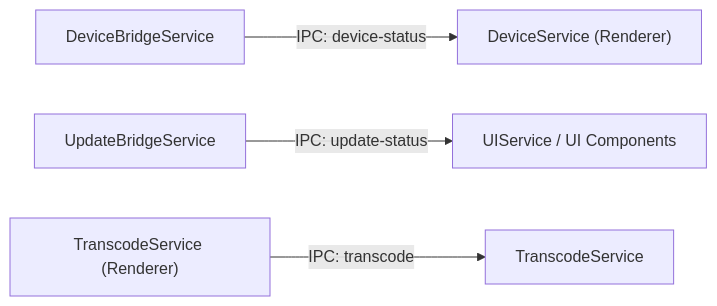
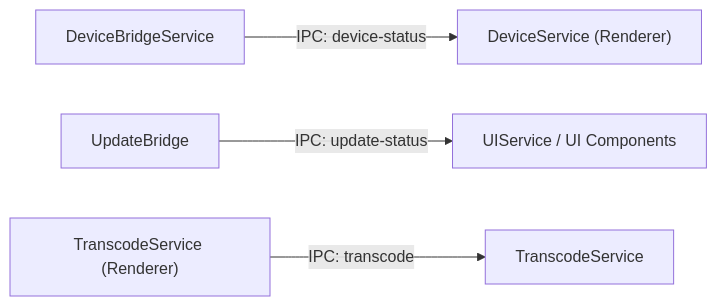
One commit to josstei/prismgb-app changed the sixth of 6 diagrams in docs/architecture-diagrams-onboarding.md. Above: the diagram before and after it, drawn with Mermaid. The commit also changed other lines of this file and 50 other files, not shown here.

````diff
--- a/docs/architecture-diagrams-onboarding.md
+++ b/docs/architecture-diagrams-onboarding.md
@@ -119,13 +113,13 @@
 ```mermaid
 flowchart LR
   DeviceBridge[DeviceBridgeService]
-  UpdateBridge[UpdateBridgeService]
+  UpdateBridge[UpdateBridge]
   TranscodeService[TranscodeService]
   DeviceServiceRenderer["DeviceService (Renderer)"]
   UIService["UIService / UI Components"]
   TranscodeServiceRenderer["TranscodeService (Renderer)"]
 
   DeviceBridge -- IPC: device-status --> DeviceServiceRenderer
   UpdateBridge -- IPC: update-status --> UIService
   TranscodeServiceRenderer -- IPC: transcode --> TranscodeService
 ```
````
